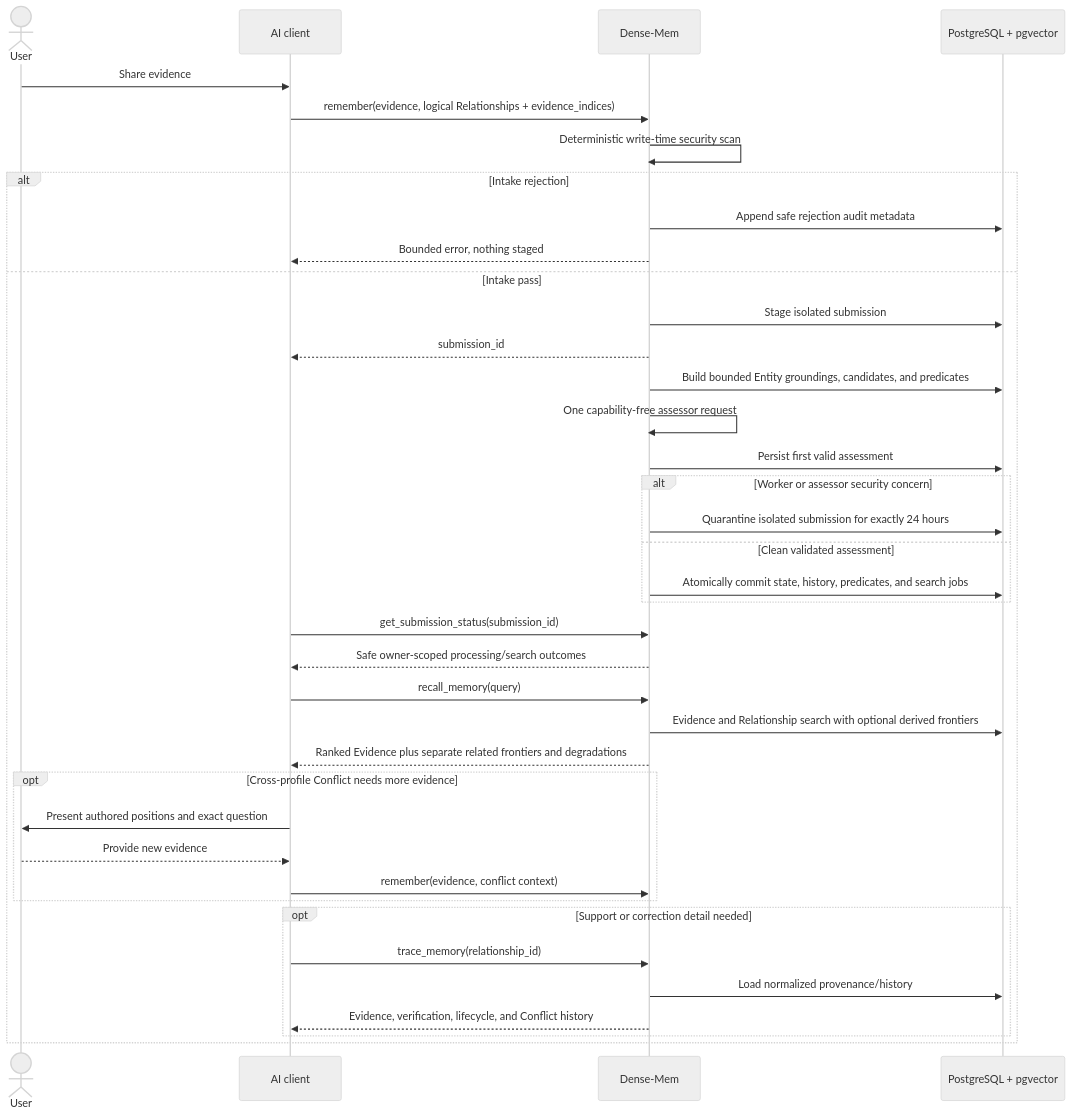
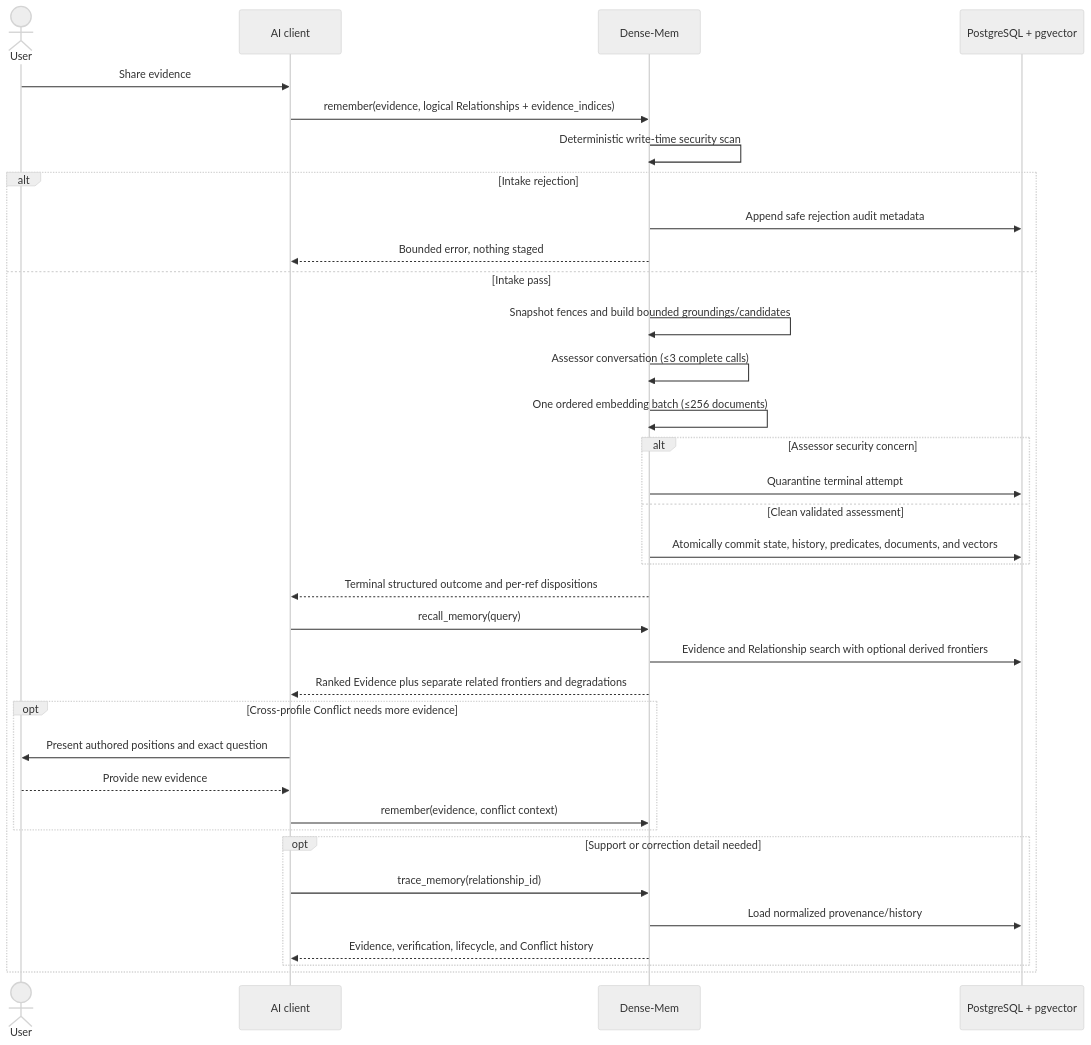
One commit to markhuangai/dense-mem changed the first of 3 diagrams in Home.md. Above: the diagram before and after it, drawn with Mermaid (neutral theme). The commit also changed other lines of this file and 24 other files, not shown here.

````diff
--- a/Home.md
+++ b/Home.md
@@ -27,42 +40,39 @@
 ```mermaid
 %%{init: {"sequence": {"rightAngles": true}}}%%
 sequenceDiagram
   actor User
   participant Host as AI client
   participant DM as Dense-Mem
   participant PG as PostgreSQL + pgvector
 
   User->>Host: Share evidence
   Host->>DM: remember(evidence, logical Relationships + evidence_indices)
   DM->>DM: Deterministic write-time security scan
   alt Intake rejection
     DM->>PG: Append safe rejection audit metadata
     DM-->>Host: Bounded error, nothing staged
   else Intake pass
-    DM->>PG: Stage isolated submission
-    DM-->>Host: submission_id
-    DM->>PG: Build bounded Entity groundings, candidates, and predicates
-    DM->>DM: One capability-free assessor request
-    DM->>PG: Persist first valid assessment
-    alt Worker or assessor security concern
-      DM->>PG: Quarantine isolated submission for exactly 24 hours
+    DM->>DM: Snapshot fences and build bounded groundings/candidates
+    DM->>DM: Assessor conversation (≤3 complete calls)
+    DM->>DM: One ordered embedding batch (≤256 documents)
+    alt Assessor security concern
+      DM->>PG: Quarantine terminal attempt
     else Clean validated assessment
-      DM->>PG: Atomically commit state, history, predicates, and search jobs
+      DM->>PG: Atomically commit state, history, predicates, documents, and vectors
     end
-    Host->>DM: get_submission_status(submission_id)
-    DM-->>Host: Safe owner-scoped processing/search outcomes
+    DM-->>Host: Terminal structured outcome and per-ref dispositions
     Host->>DM: recall_memory(query)
     DM->>PG: Evidence and Relationship search with optional derived frontiers
     DM-->>Host: Ranked Evidence plus separate related frontiers and degradations
     opt Cross-profile Conflict needs more evidence
       Host->>User: Present authored positions and exact question
       User-->>Host: Provide new evidence
       Host->>DM: remember(evidence, conflict context)
     end
     opt Support or correction detail needed
       Host->>DM: trace_memory(relationship_id)
       DM->>PG: Load normalized provenance/history
       DM-->>Host: Evidence, verification, lifecycle, and Conflict history
     end
   end
 ```
````
